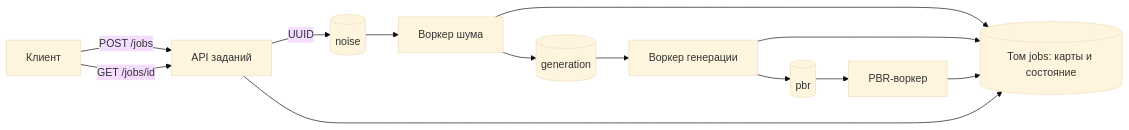
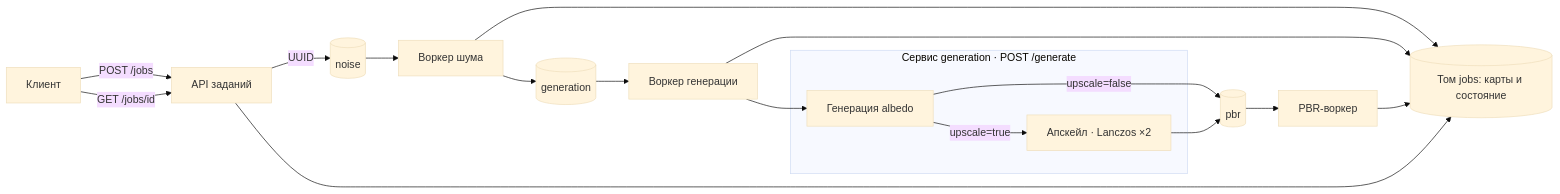
Before and after one commit to WhiteHusky555/ML-Based-3D-Material-Texture-Synthesis: the diagram in 06_НИР/README.md, drawn with Mermaid (base theme). The commit also changed 11 other files, not shown here.

Commit message:
Описаны HTTP-контракты в Swagger и выделен апскейл на схемах конвейера

````diff
--- a/06_НИР/README.md
+++ b/06_НИР/README.md
@@ -55,13 +55,18 @@
 ```mermaid
 flowchart LR
     C[Клиент] -->|"POST /jobs"| J[API заданий]
     J -->|UUID| NQ[(noise)]
     NQ --> N[Воркер шума]
     N --> GQ[(generation)]
     GQ --> G[Воркер генерации]
-    G --> PQ[(pbr)]
+    subgraph GENAPI["Сервис generation · POST /generate"]
+        SD["Генерация albedo"] -->|"upscale=true"| UP["Апскейл · Lanczos ×2"]
+    end
+    G --> SD
+    SD -->|"upscale=false"| PQ[(pbr)]
+    UP --> PQ
     PQ --> P[PBR-воркер]
     N & G & P --> V[(Том jobs: карты и состояние)]
     J --> V
     C -->|"GET /jobs/id"| J
 ```
````
